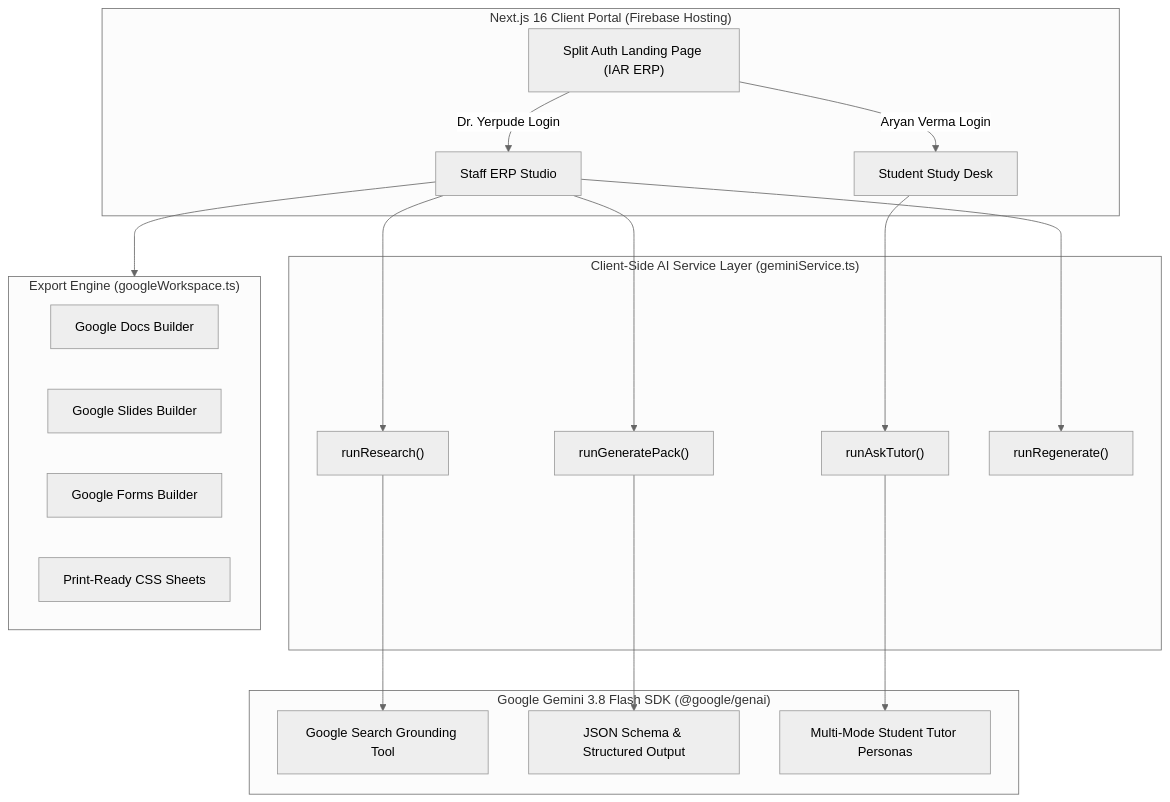
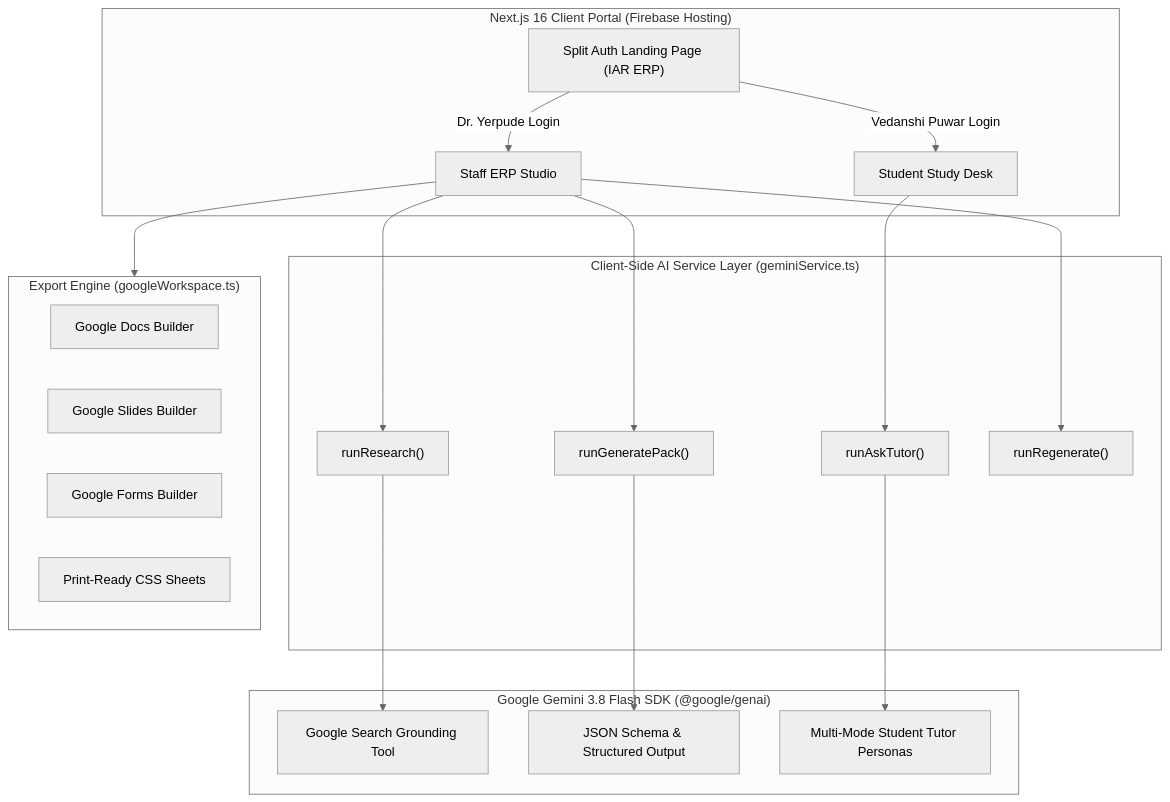
One commit to anushkayerpude/kaksha.ai changed the diagram in README.md. Above: the diagram before and after it, drawn with Mermaid (neutral theme). The commit also changed other lines of this file and 6 other files, not shown here.

Commit message:
refactor: update student mock persona to Vedanshi Puwar

````diff
--- a/README.md
+++ b/README.md
@@ -132,42 +132,42 @@
 ```mermaid
 graph TD
     subgraph Client ["Next.js 16 Client Portal (Firebase Hosting)"]
         Landing["Split Auth Landing Page (IAR ERP)"]
         StaffPortal["Staff ERP Studio"]
         StudentPortal["Student Study Desk"]
     end
 
     subgraph Service ["Client-Side AI Service Layer (geminiService.ts)"]
         ResearchFn["runResearch()"]
         GenerateFn["runGeneratePack()"]
         TutorFn["runAskTutor()"]
         RegenFn["runRegenerate()"]
     end
 
     subgraph Gemini ["Google Gemini 3.8 Flash SDK (@google/genai)"]
         Grounding["Google Search Grounding Tool"]
         Structured["JSON Schema & Structured Output"]
         Roles["Multi-Mode Student Tutor Personas"]
     end
 
     subgraph Workspace ["Export Engine (googleWorkspace.ts)"]
         GDocs["Google Docs Builder"]
         GSlides["Google Slides Builder"]
         GForms["Google Forms Builder"]
         HTMLPrint["Print-Ready CSS Sheets"]
     end
 
     Landing -->|Dr. Yerpude Login| StaffPortal
-    Landing -->|Aryan Verma Login| StudentPortal
+    Landing -->|Vedanshi Puwar Login| StudentPortal
 
     StaffPortal --> ResearchFn
     StaffPortal --> GenerateFn
     StaffPortal --> RegenFn
     StaffPortal --> Workspace
 
     StudentPortal --> TutorFn
 
     ResearchFn --> Grounding
     GenerateFn --> Structured
     TutorFn --> Roles
 ```
````
